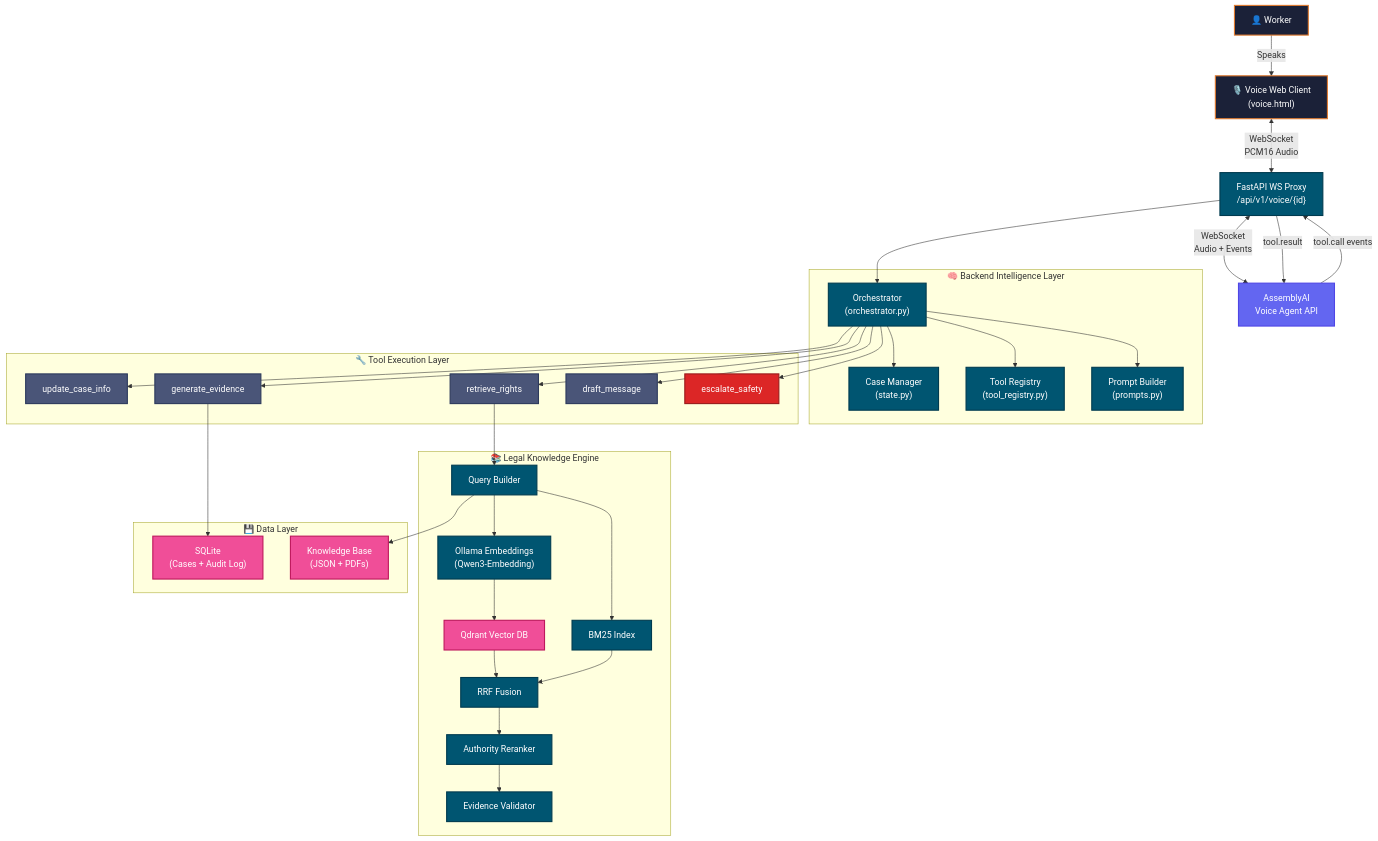
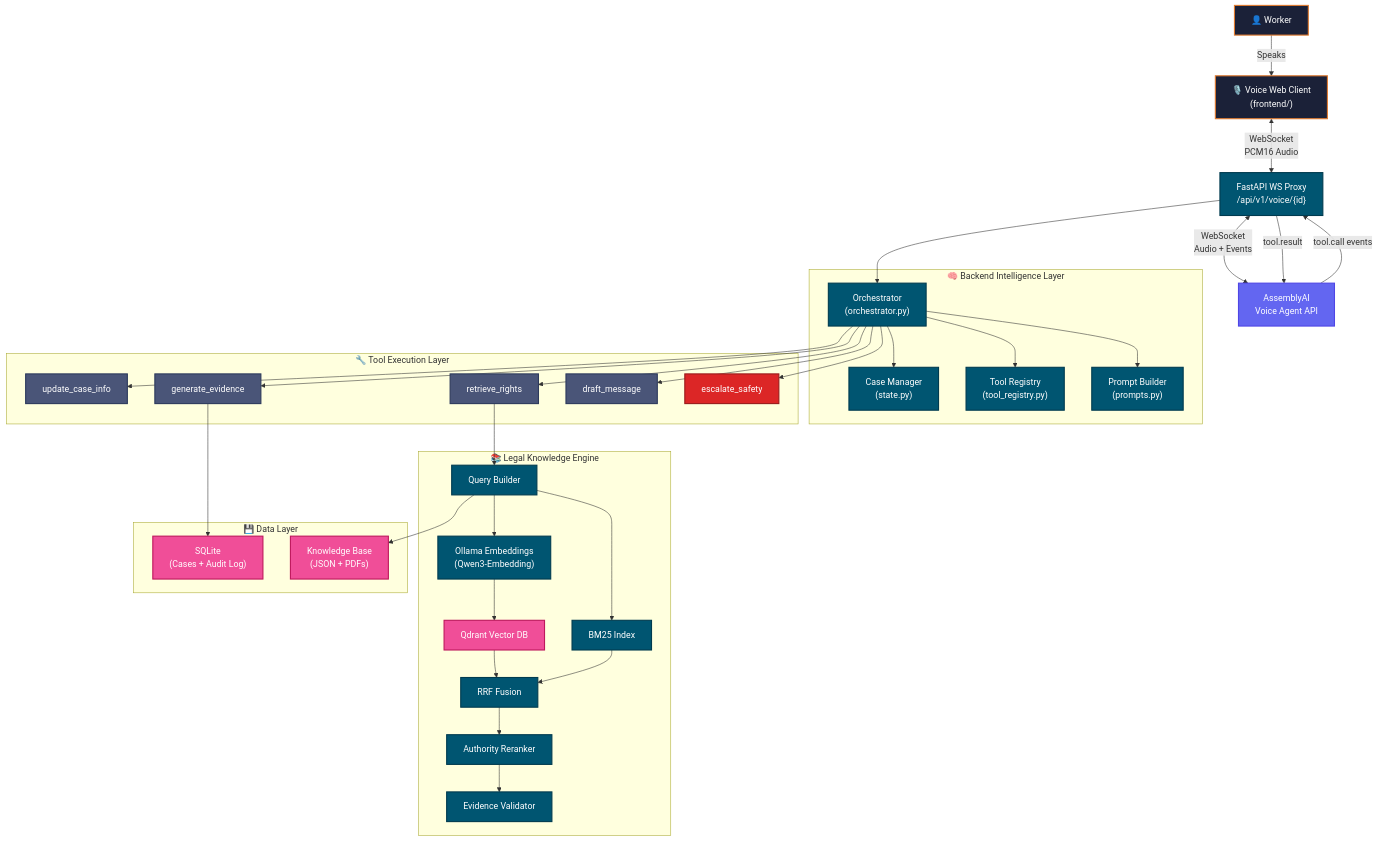
Before and after one commit to Aaditya210905/worker-rights-navigator: the first of 3 diagrams in README.md, drawn with Mermaid. The commit also changed other lines of this file and 93 other files, not shown here.

````diff
--- a/README.md
+++ b/README.md
@@ -177,68 +177,68 @@
 ```mermaid
 graph TD
     classDef client fill:#1B2138,stroke:#E07A2F,stroke-width:2px,color:#fff
     classDef voice fill:#6366f1,stroke:#4f46e5,stroke-width:2px,color:#fff
     classDef backend fill:#005571,stroke:#003b4f,stroke-width:2px,color:#fff
     classDef db fill:#F04E98,stroke:#be185d,stroke-width:2px,color:#fff
     classDef external fill:#4A5578,stroke:#2D3A5C,stroke-width:2px,color:#fff
     classDef safety fill:#DC2626,stroke:#991B1B,stroke-width:2px,color:#fff
 
-    User["👤 Worker"]:::client -->|Speaks| Browser["🎙️ Voice Web Client<br/>(voice.html)"]
+    User["👤 Worker"]:::client -->|Speaks| Browser["🎙️ Voice Web Client<br/>(frontend/)"]
     
     Browser:::client <-->|"WebSocket<br/>PCM16 Audio"| Proxy["FastAPI WS Proxy<br/>/api/v1/voice/{id}"]
     
     Proxy:::backend <-->|"WebSocket<br/>Audio + Events"| AAI["AssemblyAI<br/>Voice Agent API"]:::voice
     
     AAI -->|"tool.call events"| Proxy
     Proxy -->|"tool.result"| AAI
     
     subgraph Orchestration ["🧠 Backend Intelligence Layer"]
         Orch["Orchestrator<br/>(orchestrator.py)"]:::backend
         CM["Case Manager<br/>(state.py)"]:::backend
         TR["Tool Registry<br/>(tool_registry.py)"]:::backend
         Prompts["Prompt Builder<br/>(prompts.py)"]:::backend
     end
     
     Proxy --> Orch
     Orch --> CM
     Orch --> TR
     Orch --> Prompts
     
     subgraph Tools ["🔧 Tool Execution Layer"]
         T1["update_case_info"]:::external
         T2["retrieve_rights"]:::external
         T3["generate_evidence"]:::external
         T4["draft_message"]:::external
         T5["escalate_safety"]:::safety
     end
     
     Orch --> T1
     Orch --> T2
     Orch --> T3
     Orch --> T4
     Orch --> T5
     
     subgraph RAG ["📚 Legal Knowledge Engine"]
         QB["Query Builder"]:::backend
         Embed["Ollama Embeddings<br/>(Qwen3-Embedding)"]:::backend
         QD["Qdrant Vector DB"]:::db
         BM["BM25 Index"]:::backend
         RRF["RRF Fusion"]:::backend
         Rerank["Authority Reranker"]:::backend
         Valid["Evidence Validator"]:::backend
     end
     
     T2 --> QB --> Embed --> QD
     QB --> BM
     QD --> RRF
     BM --> RRF
     RRF --> Rerank --> Valid
     
     subgraph Persistence ["💾 Data Layer"]
         SQLite["SQLite<br/>(Cases + Audit Log)"]:::db
         KnowledgeBase["Knowledge Base<br/>(JSON + PDFs)"]:::db
     end
     
     T3 --> SQLite
     QB --> KnowledgeBase
 ```
````
